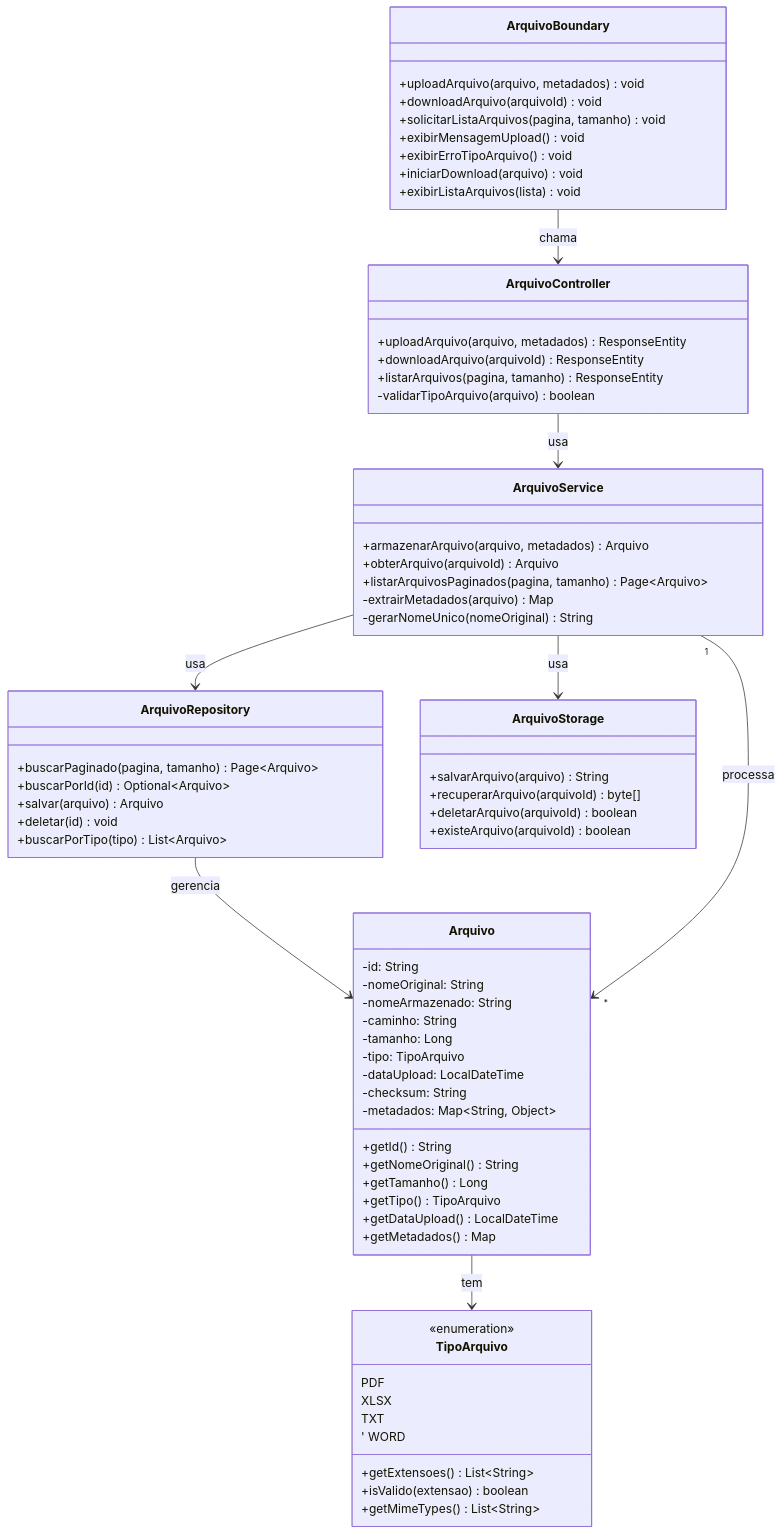
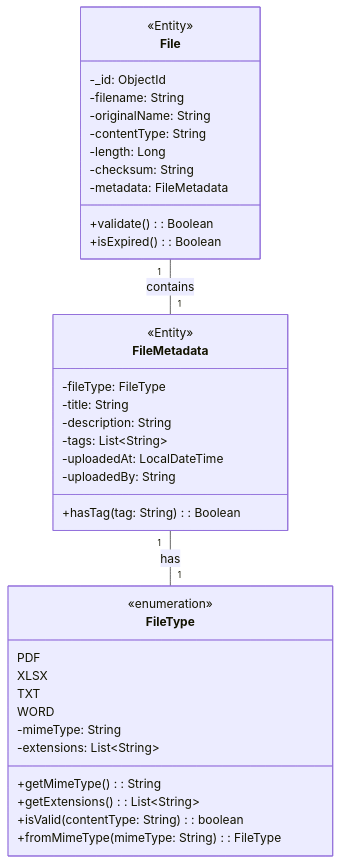
Before and after one commit to ImGabreuw/learning-management-system: the fourth of 4 diagrams in docs/modeling/files.md, drawn with Mermaid. The commit also changed other lines of this file and 1 other file, not shown here.

````diff
--- a/docs/modeling/files.md
+++ b/docs/modeling/files.md
@@ -75,79 +122,43 @@
 ```mermaid
 classDiagram
-    class ArquivoBoundary {
-        +uploadArquivo(arquivo, metadados) void
-        +downloadArquivo(arquivoId) void
-        +solicitarListaArquivos(pagina, tamanho) void
-        +exibirMensagemUpload() void
-        +exibirErroTipoArquivo() void
-        +iniciarDownload(arquivo) void
-        +exibirListaArquivos(lista) void
+    class File {
+        <<Entity>>
+        -_id: ObjectId
+        -filename: String
+        -originalName: String
+        -contentType: String
+        -length: Long
+        -checksum: String
+        -metadata: FileMetadata
+        +validate(): Boolean
+        +isExpired(): Boolean
     }
 
-    class ArquivoController {
-        +uploadArquivo(arquivo, metadados) ResponseEntity
-        +downloadArquivo(arquivoId) ResponseEntity
-        +listarArquivos(pagina, tamanho) ResponseEntity
-        -validarTipoArquivo(arquivo) boolean
+    class FileMetadata {
+        <<Entity>>
+        -fileType: FileType
+        -title: String
+        -description: String
+        -tags: List~String~
+        -uploadedAt: LocalDateTime
+        -uploadedBy: String
+        +hasTag(tag: String): Boolean
     }
 
-    class ArquivoService {
-        +armazenarArquivo(arquivo, metadados) Arquivo
-        +obterArquivo(arquivoId) Arquivo
-        +listarArquivosPaginados(pagina, tamanho) Page~Arquivo~
-        -extrairMetadados(arquivo) Map
-        -gerarNomeUnico(nomeOriginal) String
-    }
-
-    class ArquivoRepository {
-        +buscarPaginado(pagina, tamanho) Page~Arquivo~
-        +buscarPorId(id) Optional~Arquivo~
-        +salvar(arquivo) Arquivo
-        +deletar(id) void
-        +buscarPorTipo(tipo) List~Arquivo~
-    }
-
-    class ArquivoStorage {
-        +salvarArquivo(arquivo) String
-        +recuperarArquivo(arquivoId) byte[]
-        +deletarArquivo(arquivoId) boolean
-        +existeArquivo(arquivoId) boolean
-    }
-
-    class Arquivo {
-        -id: String
-        -nomeOriginal: String
-        -nomeArmazenado: String
-        -caminho: String
-        -tamanho: Long
-        -tipo: TipoArquivo
-        -dataUpload: LocalDateTime
-        -checksum: String
-        -metadados: Map~String, Object~
-        +getId() String
-        +getNomeOriginal() String
-        +getTamanho() Long
-        +getTipo() TipoArquivo
-        +getDataUpload() LocalDateTime
-        +getMetadados() Map
-    }
-
-    class TipoArquivo {
+    class FileType {
         <<enumeration>>
         PDF
         XLSX
         TXT
-'       WORD
-        +getExtensoes() List~String~
-        +isValido(extensao) boolean
-        +getMimeTypes() List~String~
+        WORD
+        -mimeType: String
+        -extensions: List~String~
+        +getMimeType(): String
+        +getExtensions(): List~String~
+        +isValid(contentType: String): boolean
+        +fromMimeType(mimeType: String): FileType
     }
 
-    ArquivoBoundary --> ArquivoController : chama
-    ArquivoController --> ArquivoService : usa
-    ArquivoService --> ArquivoRepository : usa
-    ArquivoService --> ArquivoStorage : usa
-    ArquivoRepository --> Arquivo : gerencia
-    Arquivo --> TipoArquivo : tem
-    ArquivoService "1" --> "*" Arquivo : processa
+    File "1" -- "1" FileMetadata : contains
+    FileMetadata "1" -- "1" FileType : has
 ```
````
